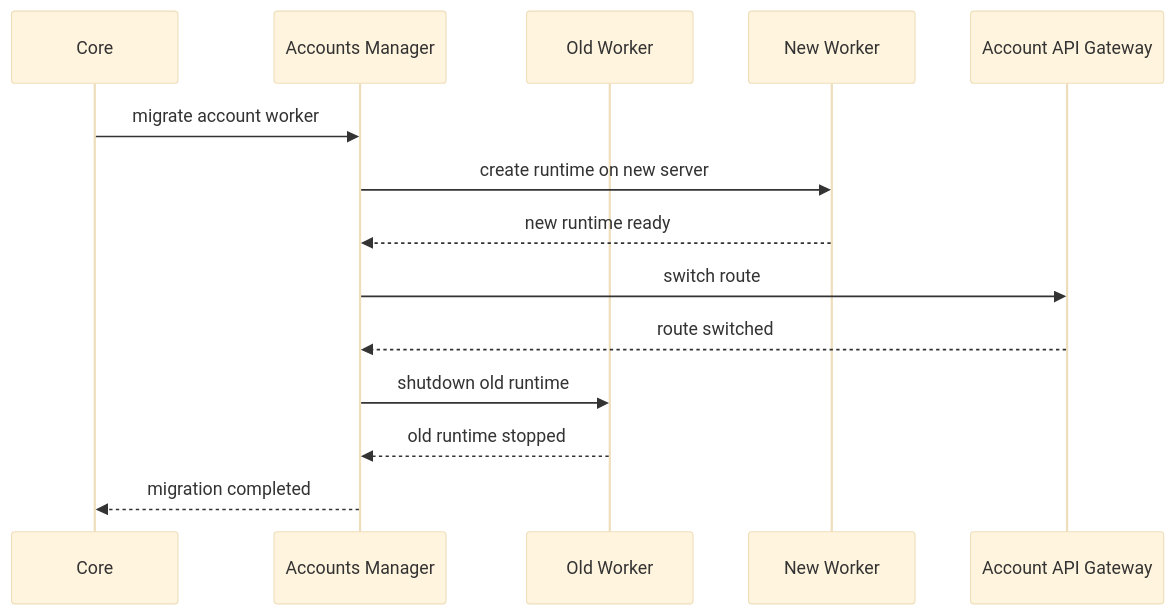
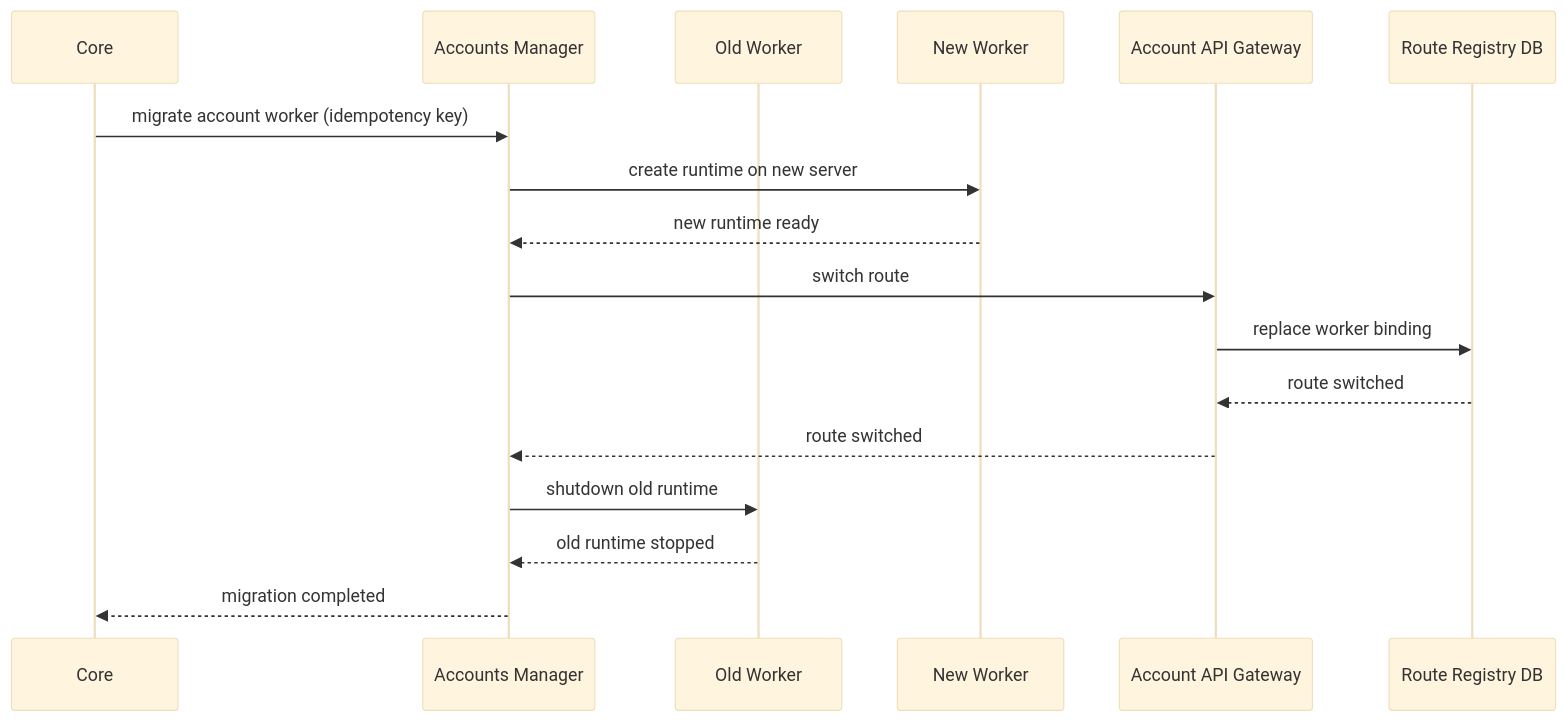
One commit to yakoodev/DigitalDealsCRM changed the sixth of 8 diagrams in docs/architecture_draft/09-data-flows.md. Above: the diagram before and after it, drawn with Mermaid (base theme). The commit also changed other lines of this file and 34 other files, not shown here.

Commit message:
docs: consolidate architecture package and add OpenAPI governance

````diff
--- a/docs/architecture_draft/09-data-flows.md
+++ b/docs/architecture_draft/09-data-flows.md
@@ -102,17 +117,20 @@
 ```mermaid
 sequenceDiagram
     participant CORE as Core
     participant AM as Accounts Manager
     participant W1 as Old Worker
     participant W2 as New Worker
     participant GATE as Account API Gateway
+    participant RDB as Route Registry DB
 
-    CORE->>AM: migrate account worker
+    CORE->>AM: migrate account worker (idempotency key)
     AM->>W2: create runtime on new server
     W2-->>AM: new runtime ready
     AM->>GATE: switch route
+    GATE->>RDB: replace worker binding
+    RDB-->>GATE: route switched
     GATE-->>AM: route switched
     AM->>W1: shutdown old runtime
     W1-->>AM: old runtime stopped
     AM-->>CORE: migration completed
 ```
````
